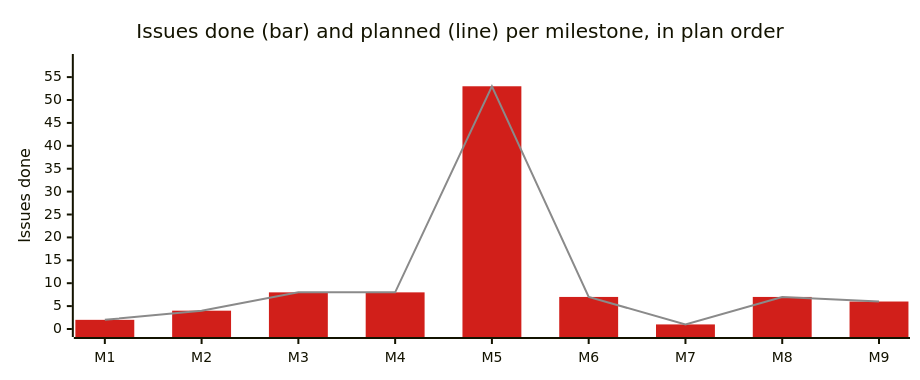
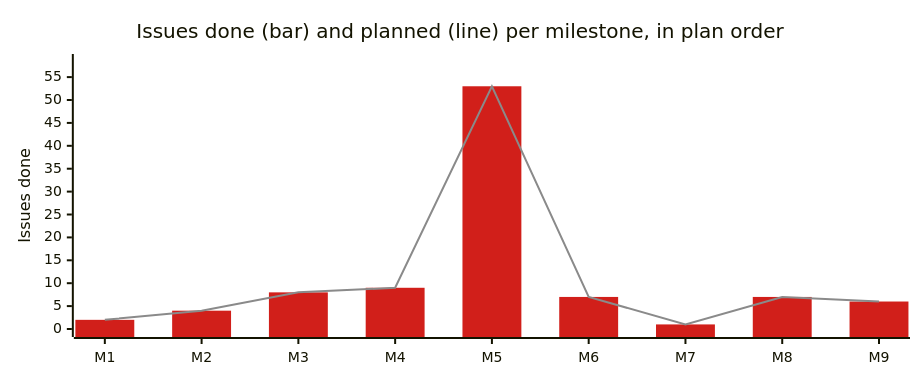
One commit to korczis/OpenTTD changed the diagram in .ai/repo/project/README.md. Above: the diagram before and after it, drawn with Mermaid. The commit also changed other lines of this file and 10 other files, not shown here.

````diff
--- a/.ai/repo/project/README.md
+++ b/.ai/repo/project/README.md
@@ -61,19 +61,19 @@
 ```mermaid
 ---
 config:
   xyChart:
     width: 900
     height: 360
   themeVariables:
     xyChart:
       plotColorPalette: "#d11f1a, #8a8a8a, #0b0b0b, #ece4d6"
 ---
 xychart-beta
     title "Issues done (bar) and planned (line) per milestone, in plan order"
     x-axis ["M1", "M2", "M3", "M4", "M5", "M6", "M7", "M8", "M9"]
     %% series: Issues done | Issues planned
     %% links: milestones/the-fork-is-a-governed-research-target.yaml | milestones/a-change-is-validated-in-cost-tiers.yaml | milestones/internals-are-observable-with-recorded-provenance.yaml | milestones/prismatic-steers-a-company-through-the-bridge.yaml | milestones/an-agent-reaches-the-game-over-mcp.yaml | milestones/the-fork-is-published-supervised-and-current.yaml | milestones/the-game-wears-the-owners-noir-style.yaml | milestones/planning-is-generated-from-recorded-history.yaml | milestones/rhai-is-a-live-ide.yaml
     y-axis "Issues done" 0 --> 58.3
-    bar [2, 4, 8, 8, 53, 7, 1, 7, 6]
-    line [2, 4, 8, 8, 53, 7, 1, 7, 6]
+    bar [2, 4, 8, 9, 53, 7, 1, 7, 6]
+    line [2, 4, 8, 9, 53, 7, 1, 7, 6]
 ```
````
